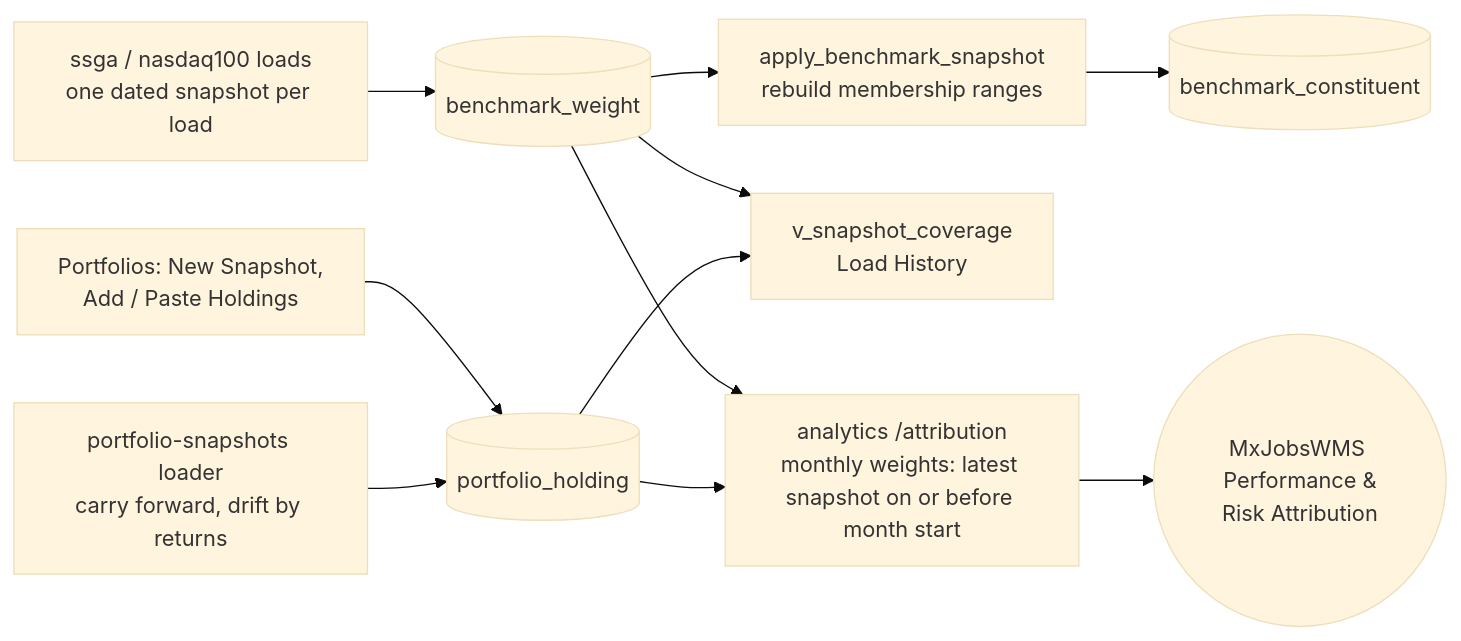
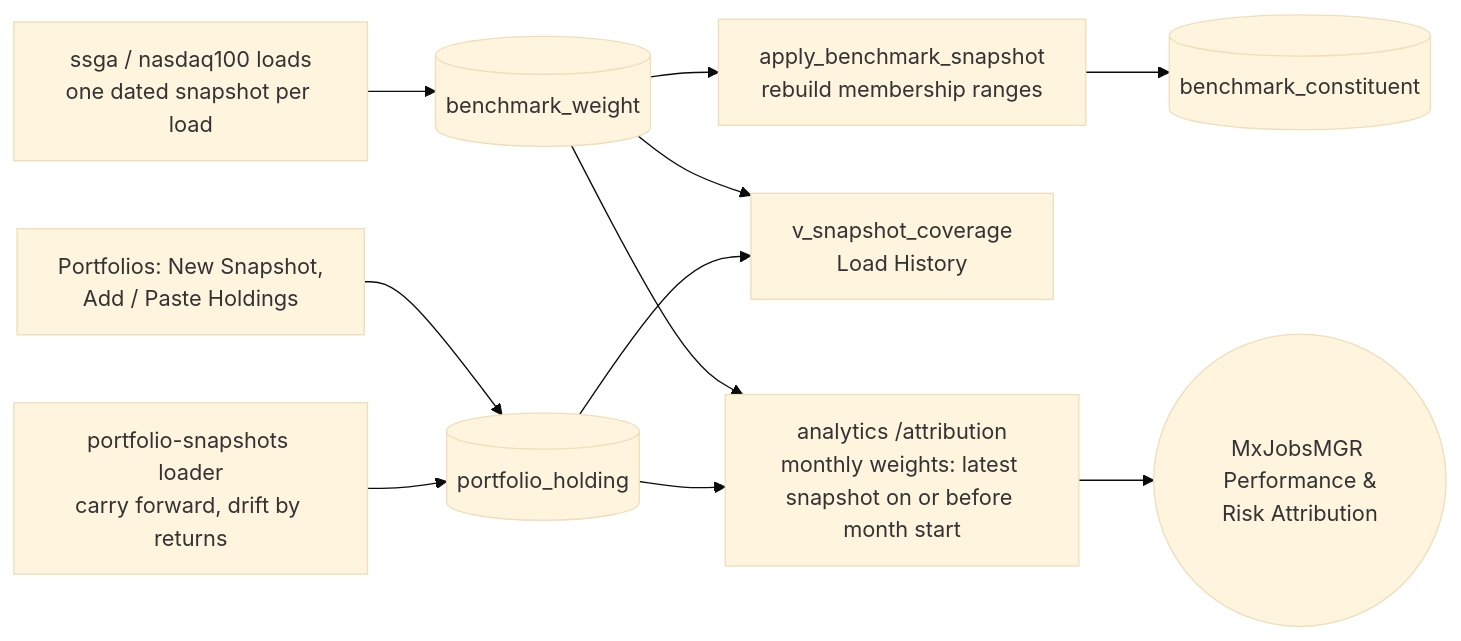
One commit to k3jdr/Public changed the ninth of 9 diagrams in MxAppsIDE/MxDataHUB/c4/workflows.md. Above: the diagram before and after it, drawn with Mermaid (base theme). The commit also changed other lines of this file and 425 other files, not shown here.

First line of the commit message:
MxAppsIDE: sync MxAppsIOS 5a70603 — MxJobsWMS is MxJobsMGR, MxPortMGR is MxAcctMGR

````diff
--- a/MxAppsIDE/MxDataHUB/c4/workflows.md
+++ b/MxAppsIDE/MxDataHUB/c4/workflows.md
@@ -226,12 +226,12 @@
 ```mermaid
 flowchart LR
     ssga[ssga / nasdaq100 loads<br/>one dated snapshot per load] --> bw[(benchmark_weight)]
     bw --> apply[apply_benchmark_snapshot<br/>rebuild membership ranges] --> bc[(benchmark_constituent)]
     ui[Portfolios: New Snapshot,<br/>Add / Paste Holdings] --> ph[(portfolio_holding)]
     ps[portfolio-snapshots loader<br/>carry forward, drift by returns] --> ph
     bw --> cov[v_snapshot_coverage<br/>Load History]
     ph --> cov
     bw --> attr[analytics /attribution<br/>monthly weights: latest snapshot on or before month start]
     ph --> attr
-    attr --> wf((MxJobsWMS Performance &<br/>Risk Attribution))
+    attr --> wf((MxJobsMGR Performance &<br/>Risk Attribution))
 ```
````
